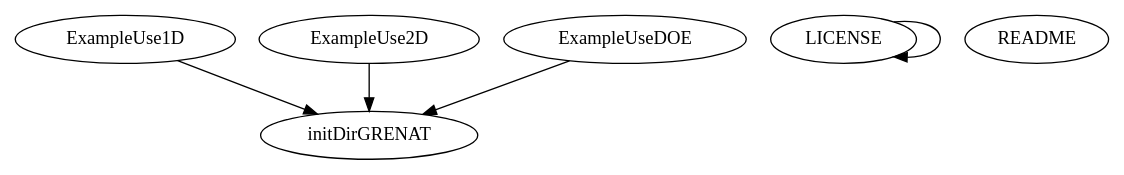
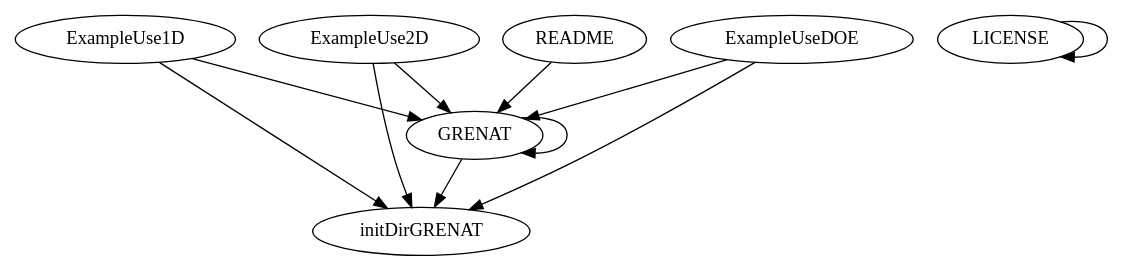
Before and after one commit to luclaurent/GRENAT: the diagram in doc/GRENAT/graph.dot, drawn with Graphviz. The commit also changed 144 other files, not shown here.

```diff
--- a/doc/GRENAT/graph.dot
+++ b/doc/GRENAT/graph.dot
@@ -1,14 +1,21 @@
 /* Created by mdot for Matlab */
 digraph m2html {
+  ExampleUse1D -> GRENAT;
   ExampleUse1D -> initDirGRENAT;
+  ExampleUse2D -> GRENAT;
   ExampleUse2D -> initDirGRENAT;
+  ExampleUseDOE -> GRENAT;
   ExampleUseDOE -> initDirGRENAT;
+  GRENAT -> GRENAT;
+  GRENAT -> initDirGRENAT;
   LICENSE -> LICENSE;
+  README -> GRENAT;
 
   ExampleUse1D [URL="ExampleUse1D.html"];
   ExampleUse2D [URL="ExampleUse2D.html"];
   ExampleUseDOE [URL="ExampleUseDOE.html"];
+  GRENAT [URL="GRENAT.html"];
   LICENSE [URL="LICENSE.html"];
   README [URL="README.html"];
   initDirGRENAT [URL="initDirGRENAT.html"];
 }
```
